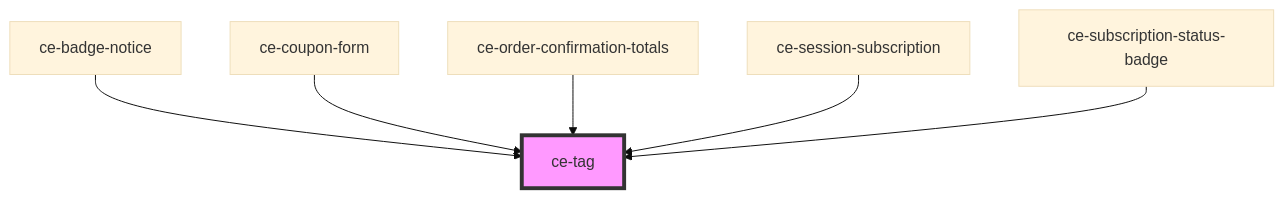
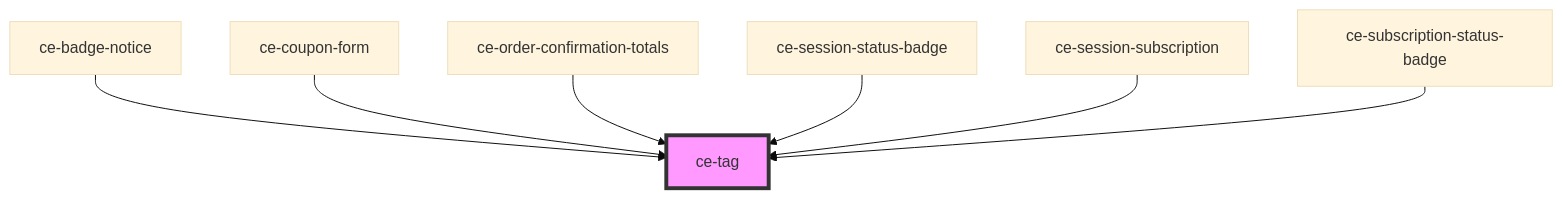
One commit to surecart/surecart-wp-plugin changed the diagram in packages/components/src/components/ui/tag/readme.md. Above: the diagram before and after it, drawn with Mermaid (base theme). The commit also changed other lines of this file and 24 other files, not shown here.

````diff
--- a/packages/components/src/components/ui/tag/readme.md
+++ b/packages/components/src/components/ui/tag/readme.md
@@ -44,9 +45,10 @@
 ```mermaid
 graph TD;
   ce-badge-notice --> ce-tag
   ce-coupon-form --> ce-tag
   ce-order-confirmation-totals --> ce-tag
+  ce-session-status-badge --> ce-tag
   ce-session-subscription --> ce-tag
   ce-subscription-status-badge --> ce-tag
   style ce-tag fill:#f9f,stroke:#333,stroke-width:4px
 ```
````
